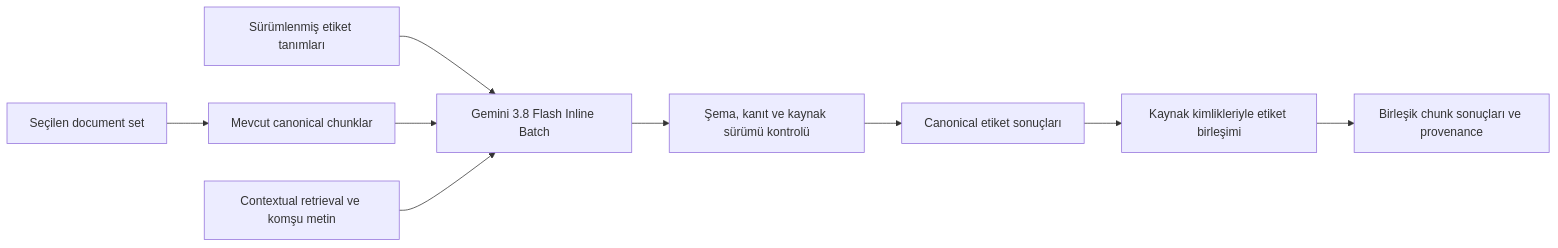
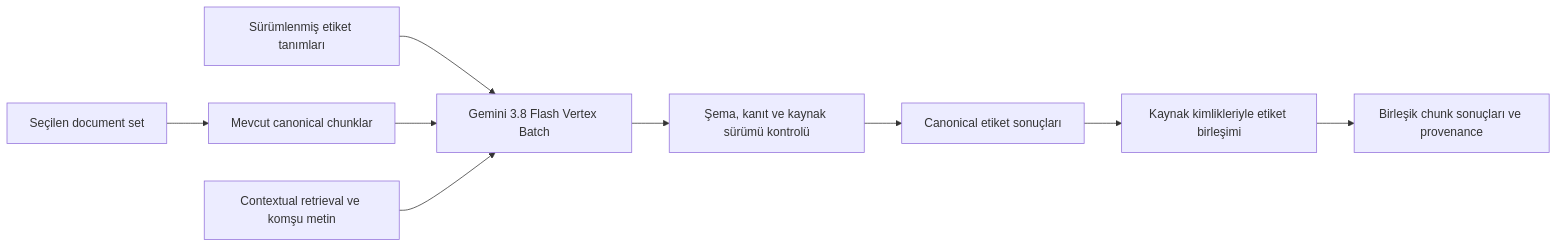
Before and after one commit to atezsoftware/customs-regulations-chatbot: the diagram in deployment/CHUNK_LABELING_TR.md, drawn with Mermaid. The commit also changed other lines of this file and 17 other files, not shown here.

Commit message:
Restore service-account Vertex Batch labeling

````diff
--- a/deployment/CHUNK_LABELING_TR.md
+++ b/deployment/CHUNK_LABELING_TR.md
@@ -31,11 +31,11 @@
 ```mermaid
 flowchart LR
     S[Seçilen document set] --> C[Mevcut canonical chunklar]
-    T[Sürümlenmiş etiket tanımları] --> B[Gemini 3.8 Flash Inline Batch]
+    T[Sürümlenmiş etiket tanımları] --> B[Gemini 3.8 Flash Vertex Batch]
     C --> B
     X[Contextual retrieval ve komşu metin] --> B
     B --> V[Şema, kanıt ve kaynak sürümü kontrolü]
     V --> L[Canonical etiket sonuçları]
     L --> U[Kaynak kimlikleriyle etiket birleşimi]
     U --> D[Birleşik chunk sonuçları ve provenance]
 ```
````
